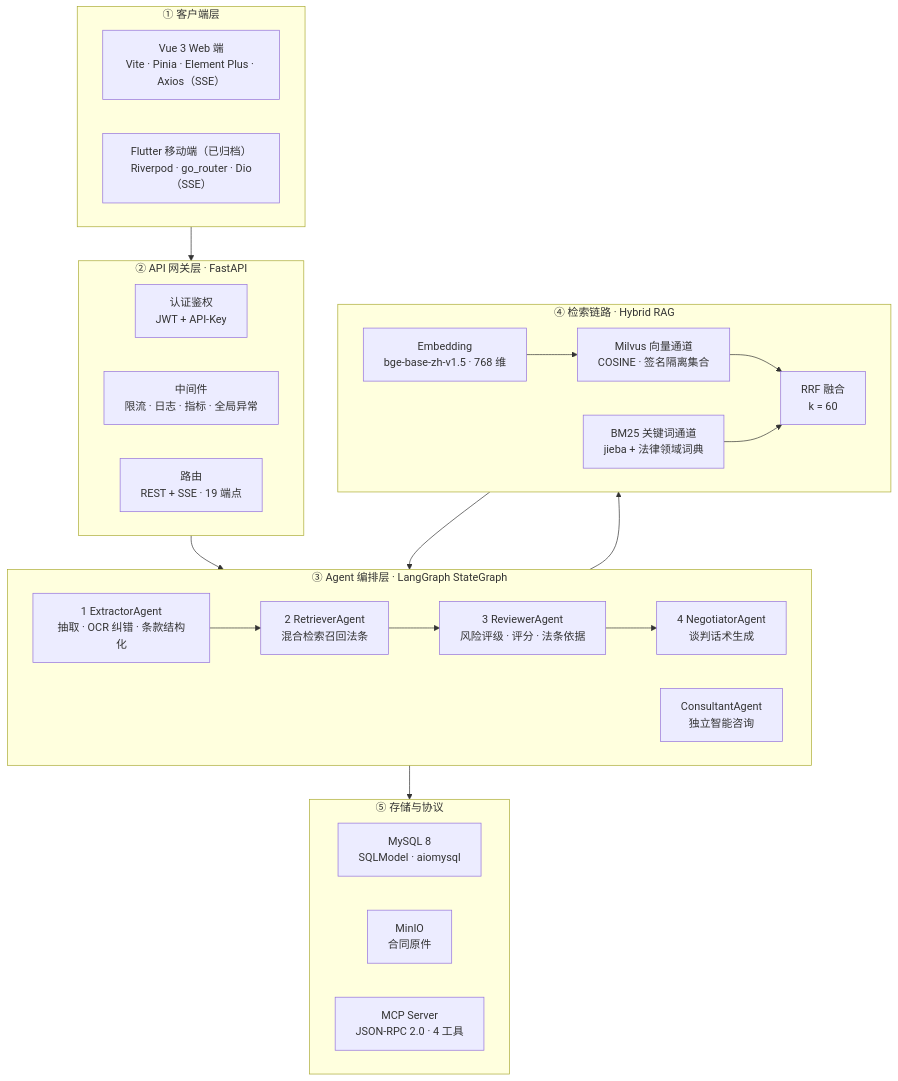
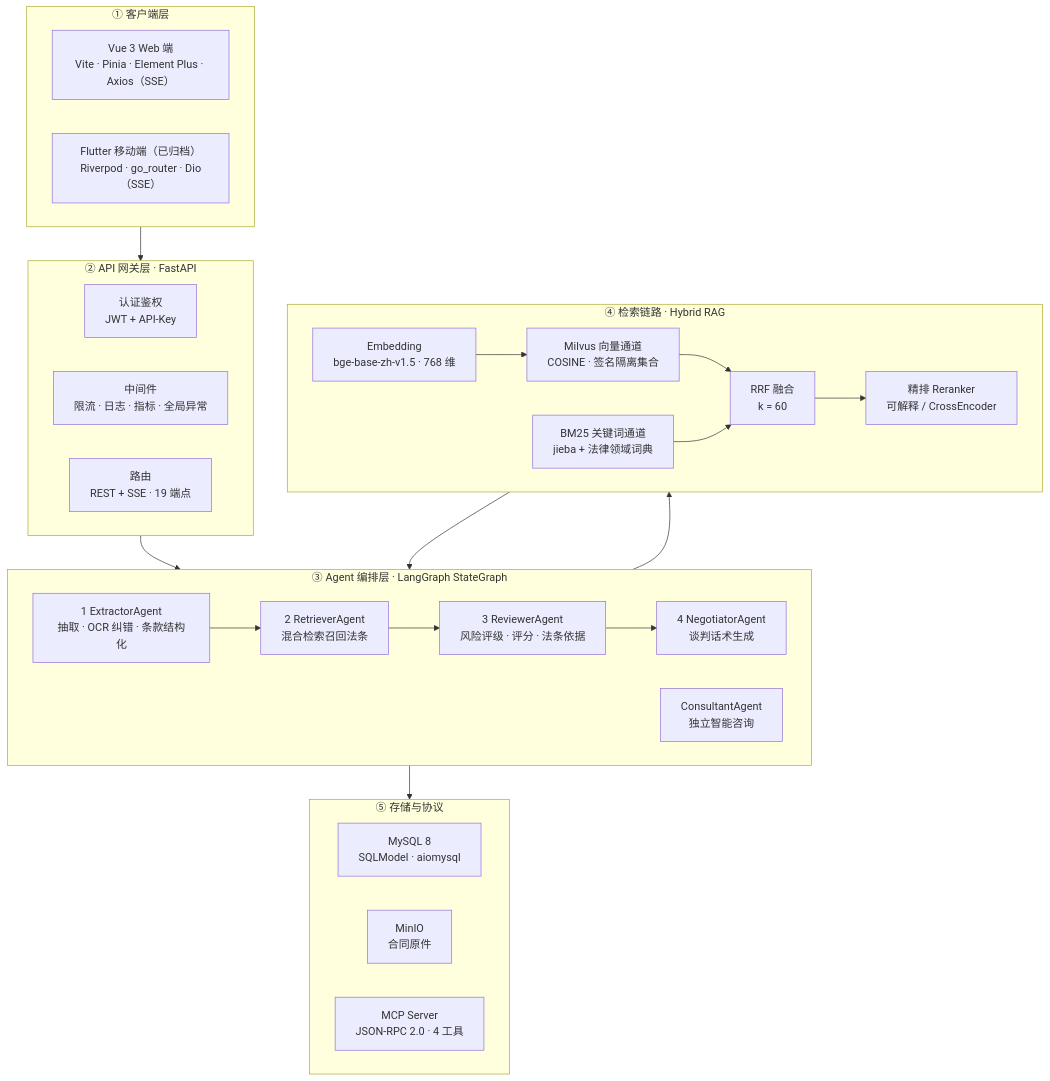
One commit to SFANBLOG/lumos changed the first of 2 diagrams in README.md. Above: the diagram before and after it, drawn with Mermaid. The commit also changed other lines of this file and 5 other files, not shown here.

````diff
--- a/README.md
+++ b/README.md
@@ -114,47 +115,49 @@
 ```mermaid
 flowchart TB
     subgraph L1["① 客户端层"]
         direction LR
         W["Vue 3 Web 端<br/>Vite · Pinia · Element Plus · Axios（SSE）"]
         M["Flutter 移动端（已归档）<br/>Riverpod · go_router · Dio（SSE）"]
     end
 
     subgraph L2["② API 网关层 · FastAPI"]
         direction LR
         A1["认证鉴权<br/>JWT + API-Key"]
         A2["中间件<br/>限流 · 日志 · 指标 · 全局异常"]
         A3["路由<br/>REST + SSE · 19 端点"]
     end
 
     subgraph L3["③ Agent 编排层 · LangGraph StateGraph"]
         direction LR
         N1["1 ExtractorAgent<br/>抽取 · OCR 纠错 · 条款结构化"]
         N2["2 RetrieverAgent<br/>混合检索召回法条"]
         N3["3 ReviewerAgent<br/>风险评级 · 评分 · 法条依据"]
         N4["4 NegotiatorAgent<br/>谈判话术生成"]
         N5["ConsultantAgent<br/>独立智能咨询"]
         N1 --> N2 --> N3 --> N4
     end
 
     subgraph L4["④ 检索链路 · Hybrid RAG"]
         direction LR
         E1["Embedding<br/>bge-base-zh-v1.5 · 768 维"]
         V1["Milvus 向量通道<br/>COSINE · 签名隔离集合"]
         B1["BM25 关键词通道<br/>jieba + 法律领域词典"]
         F1["RRF 融合<br/>k = 60"]
+        R1["精排 Reranker<br/>可解释 / CrossEncoder"]
         E1 --> V1 --> F1
         B1 --> F1
+        F1 --> R1
     end
 
     subgraph L5["⑤ 存储与协议"]
         direction LR
         S1["MySQL 8<br/>SQLModel · aiomysql"]
         S2["MinIO<br/>合同原件"]
         S3["MCP Server<br/>JSON-RPC 2.0 · 4 工具"]
     end
 
     L1 --> L2 --> L3
     N2 --> L4
-    F1 --> N3
+    R1 --> N3
     L3 --> L5
 ```
````
